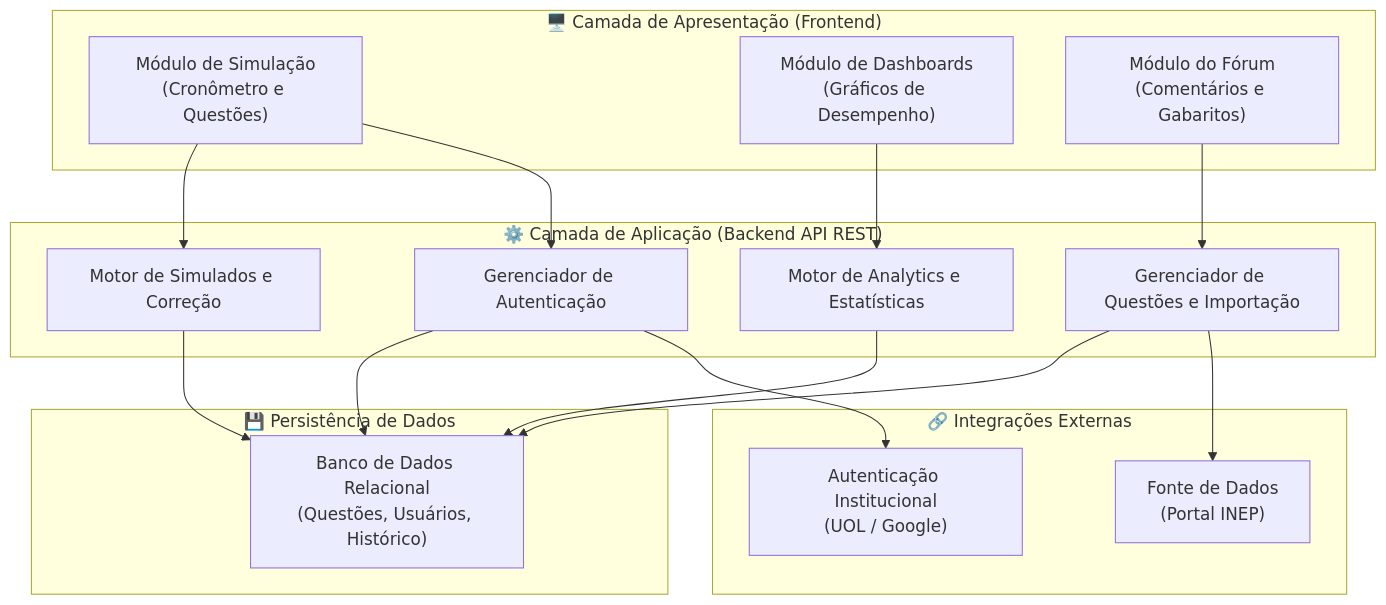
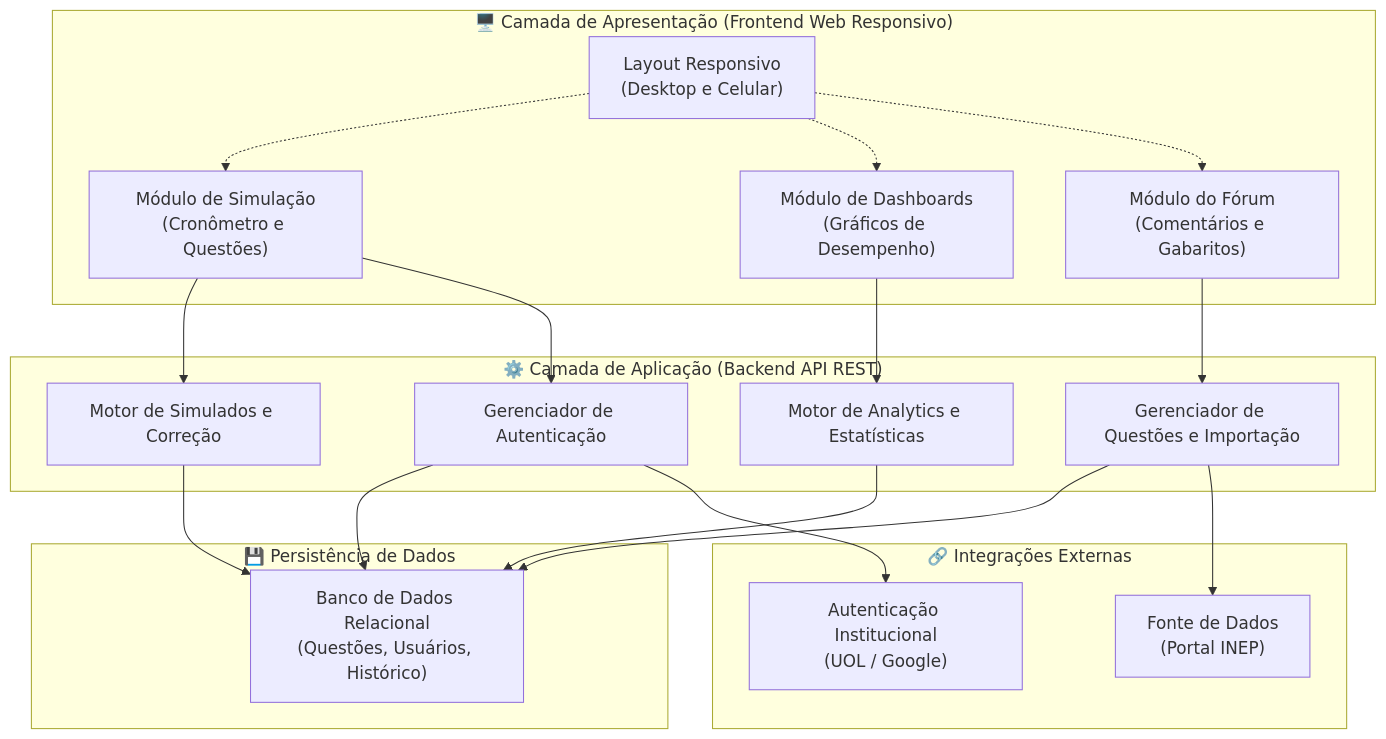
The second of 4 diagrams in docs/p1/02_diagramas_uml.md (Petroievysk/requisitos-2026-02-EQUIPE01), drawn with Mermaid before and after one commit. The commit also changed other lines of this file, not shown here.

First line of the commit message:
Revise UML diagrams for responsive web application

````diff
--- a/docs/p1/02_diagramas_uml.md
+++ b/docs/p1/02_diagramas_uml.md
@@ -61,40 +62,44 @@
 ```mermaid
 graph TB
-    subgraph Camada_Cliente["🖥️ Camada de Apresentação (Frontend)"]
+    subgraph Camada_Cliente["🖥️ Camada de Apresentação (Frontend Web Responsivo)"]
+        UI_Layout["Layout Responsivo<br/>(Desktop e Celular)"]
         UI_Simulado["Módulo de Simulação<br/>(Cronômetro e Questões)"]
         UI_Dashboard["Módulo de Dashboards<br/>(Gráficos de Desempenho)"]
         UI_Forum["Módulo do Fórum<br/>(Comentários e Gabaritos)"]
     end
-    
+
     subgraph Camada_Servidor["⚙️ Camada de Aplicação (Backend API REST)"]
         Auth["Gerenciador de Autenticação"]
         Motor["Motor de Simulados e Correção"]
         Analytics["Motor de Analytics e Estatísticas"]
         Conteudo["Gerenciador de Questões e Importação"]
     end
-    
+
     subgraph Camada_Dados["💾 Persistência de Dados"]
         DB["Banco de Dados Relacional<br/>(Questões, Usuários, Histórico)"]
     end
-    
+
     subgraph Sistemas_Externos["🔗 Integrações Externas"]
         API_SSO["Autenticação Institucional<br/>(UOL / Google)"]
         API_INEP["Fonte de Dados<br/>(Portal INEP)"]
     end
-    
+
     %% Conexões Frontend -> Backend
     UI_Simulado --> Motor
     UI_Dashboard --> Analytics
     UI_Forum --> Conteudo
     UI_Simulado --> Auth
-    
+    UI_Layout -.-> UI_Simulado
+    UI_Layout -.-> UI_Dashboard
+    UI_Layout -.-> UI_Forum
+
     %% Conexões Backend -> Dados
     Auth --> DB
     Motor --> DB
     Analytics --> DB
     Conteudo --> DB
-    
+
     %% Conexões Backend -> Externo
     Auth --> API_SSO
     Conteudo --> API_INEP
 ```
````
